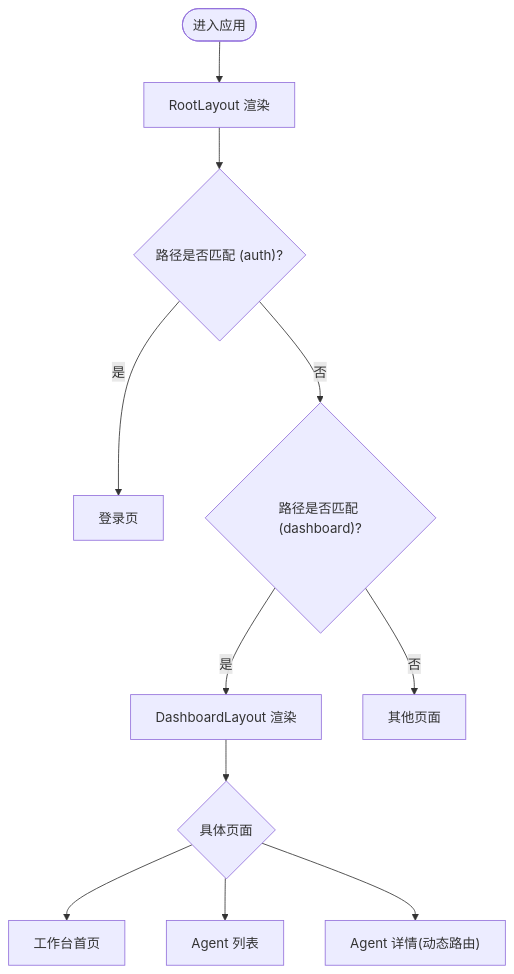
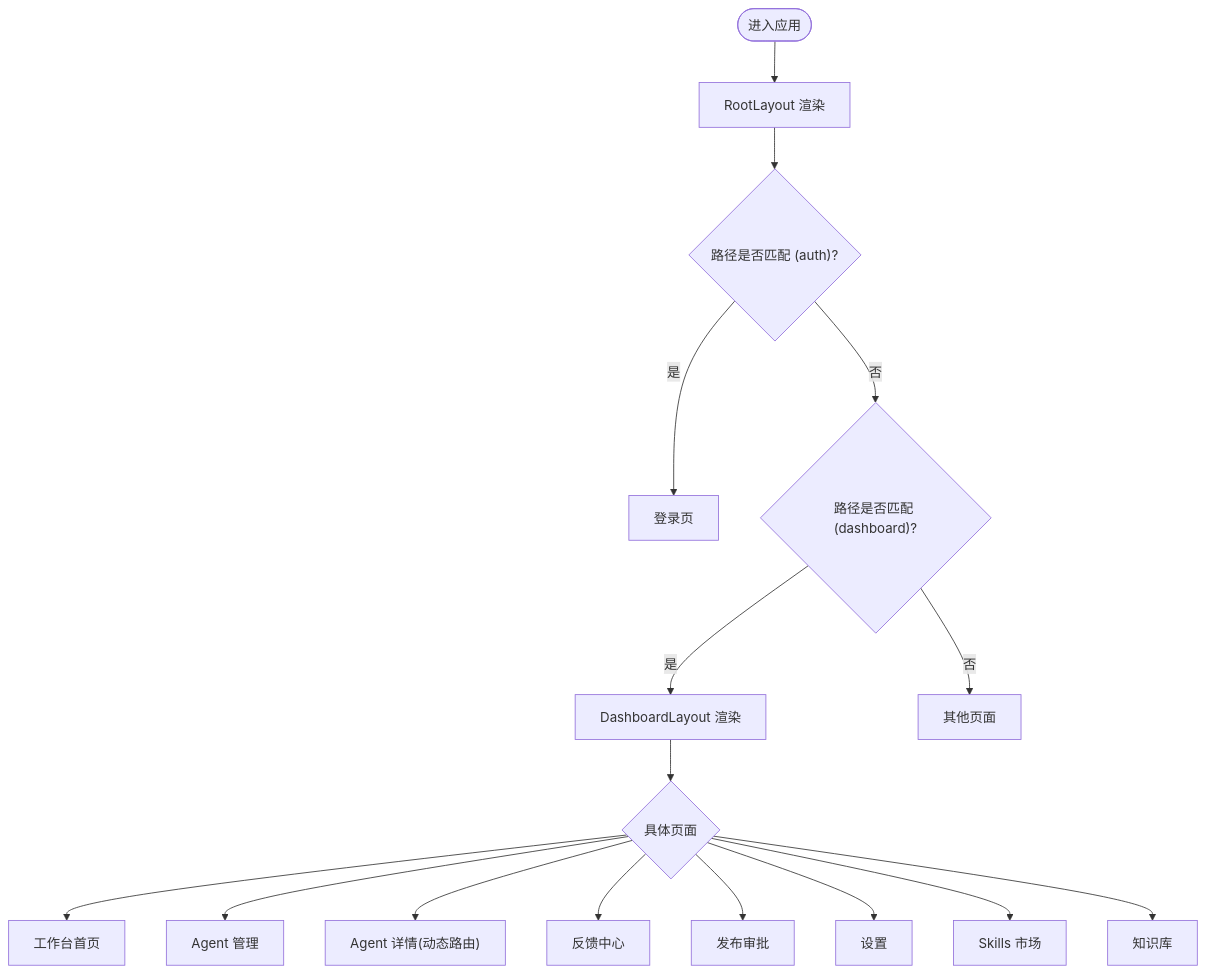
Before and after one commit to ai-guru-global/agent-up: the fourth of 7 diagrams in .qoder/repowiki/zh/content/前端架构.md, drawn with Mermaid. The commit also changed other lines of this file and 57 other files, not shown here.

````diff
--- a/.qoder/repowiki/zh/content/前端架构.md
+++ b/.qoder/repowiki/zh/content/前端架构.md
@@ -202,13 +290,18 @@
 ```mermaid
 flowchart TD
 Start(["进入应用"]) --> Root["RootLayout 渲染"]
 Root --> Auth{"路径是否匹配 (auth)?"}
 Auth --> |是| Login["登录页"]
 Auth --> |否| Dash{"路径是否匹配 (dashboard)?"}
 Dash --> |是| DashLayout["DashboardLayout 渲染"]
 DashLayout --> Page{"具体页面"}
 Page --> Home["工作台首页"]
-Page --> Agents["Agent 列表"]
+Page --> Agents["Agent 管理"]
 Page --> Detail["Agent 详情(动态路由)"]
+Page --> Feedback["反馈中心"]
+Page --> Releases["发布审批"]
+Page --> Settings["设置"]
+Page --> Skills["Skills 市场"]
+Page --> Wiki["知识库"]
 Dash --> |否| NotFound["其他页面"]
 ```
````
